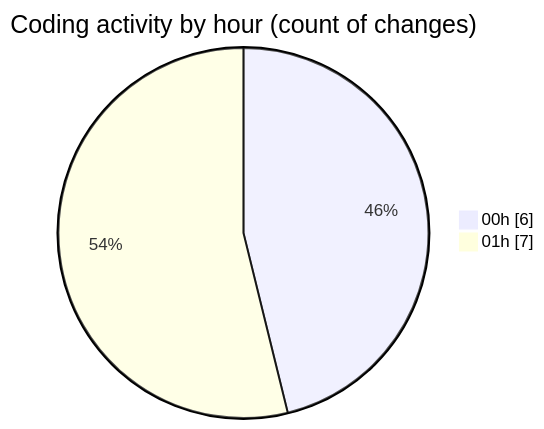
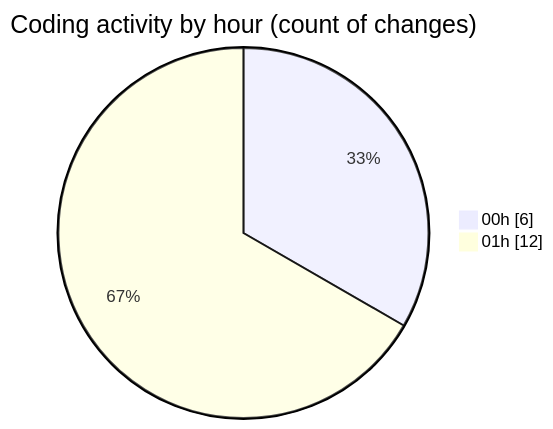
The second of 2 diagrams in 2025-06-22/archive/README.md (JenPaints/code-tracking), drawn with Mermaid before and after one commit. The commit also changed other lines of this file and 1 other file, not shown here.

````diff
--- a/2025-06-22/archive/README.md
+++ b/2025-06-22/archive/README.md
@@ -33,6 +33,6 @@
 ```mermaid
 pie showData
 title Coding activity by hour (count of changes)
 "00h" : 6
-"01h" : 7
+"01h" : 12
 ```
````
